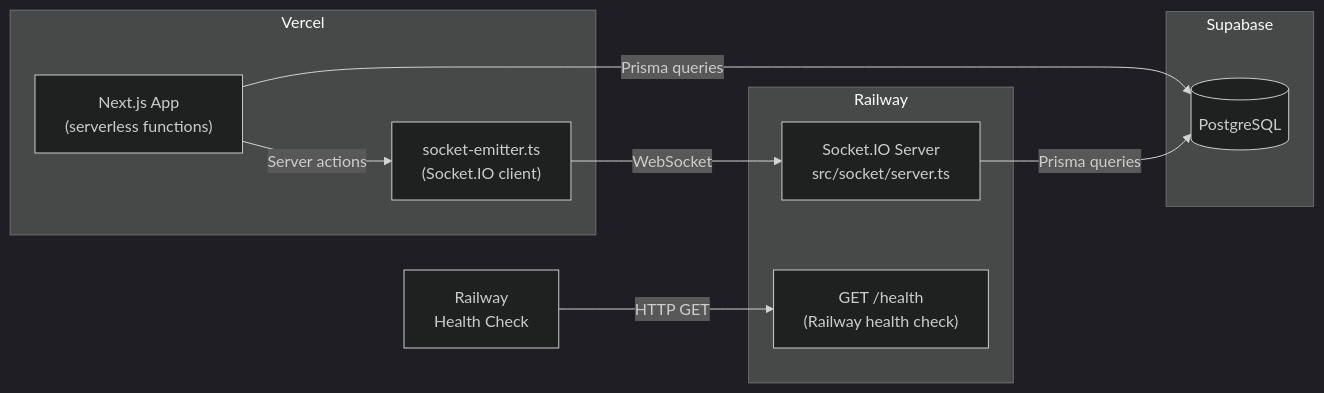
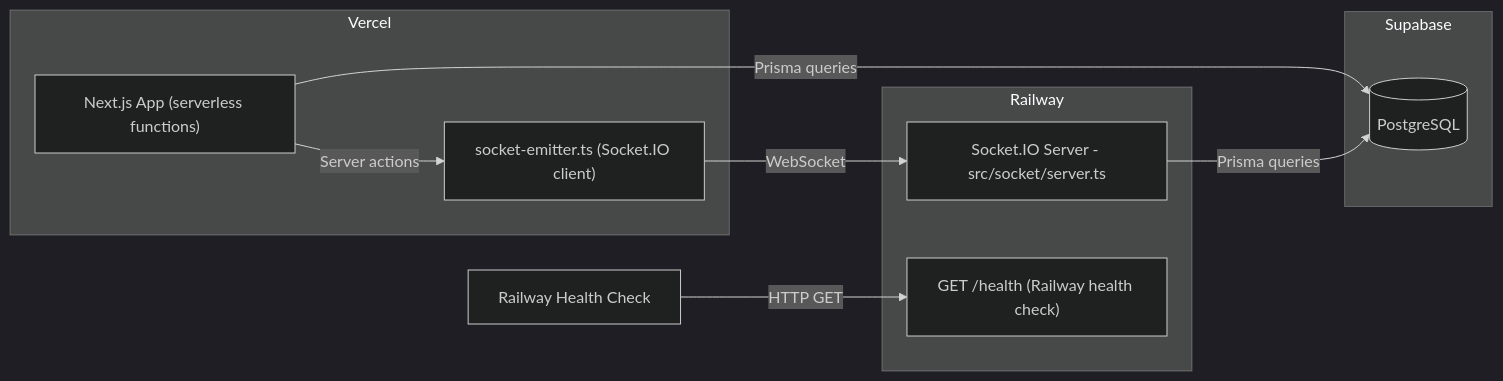
The eighth of 8 diagrams in docs/07-real-time-sockets.md (asefahmed500/Smart-Task-App_IIT_DU_Final_Project), drawn with Mermaid (dark theme) before and after one commit. The commit also changed other lines of this file and 8 other files, not shown here.

Commit message:
fix: remove br tags from mermaid diagrams for GitHub rendering

````diff
--- a/docs/07-real-time-sockets.md
+++ b/docs/07-real-time-sockets.md
@@ -303,22 +303,22 @@
 ```mermaid
 graph LR
     subgraph "Vercel"
-        NEXT["Next.js App<br/>(serverless functions)"]
-        EMIT["socket-emitter.ts<br/>(Socket.IO client)"]
+        NEXT["Next.js App (serverless functions)"]
+        EMIT["socket-emitter.ts (Socket.IO client)"]
     end
 
     subgraph "Railway"
-        SOCKET["Socket.IO Server<br/>src/socket/server.ts"]
-        HEALTH["GET /health<br/>(Railway health check)"]
+        SOCKET["Socket.IO Server - src/socket/server.ts"]
+        HEALTH["GET /health (Railway health check)"]
     end
 
     subgraph "Supabase"
         DB[("PostgreSQL")]
     end
 
     NEXT -->|"Server actions"| EMIT
     EMIT -->|"WebSocket"| SOCKET
     NEXT -->|"Prisma queries"| DB
     SOCKET -->|"Prisma queries"| DB
-    RAILWAY_CHECK["Railway<br/>Health Check"] -->|"HTTP GET"| HEALTH
+    RAILWAY_CHECK["Railway Health Check"] -->|"HTTP GET"| HEALTH
 ```
````
